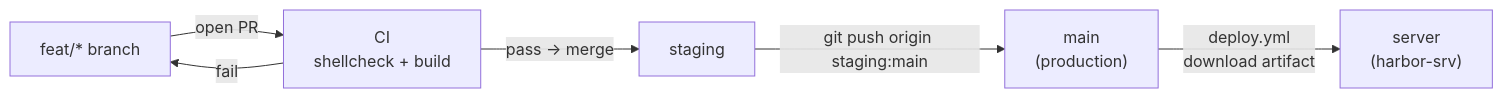
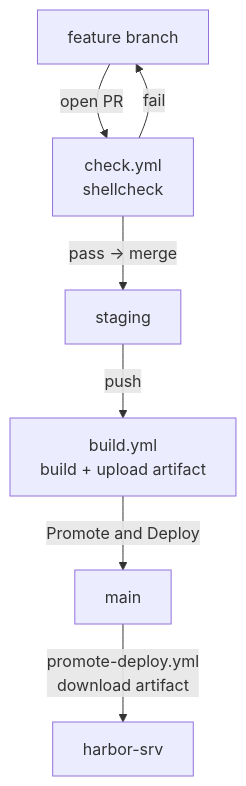
The diagram in README.md (blouin-labs/harbor_srv), drawn with Mermaid before and after one commit. The commit also changed other lines of this file and 7 other files, not shown here.

First line of the commit message:
refactor(ci): split check/build, reusable runner selection, SHA artifact naming

````diff
--- a/README.md
+++ b/README.md
@@ -128,14 +140,9 @@
 ```mermaid
-flowchart LR
-    F["feat/* branch"]
-    CI["CI\nshellcheck + build"]
-    STG["staging"]
-    MAIN["main\n(production)"]
-    SRV["server\n(harbor-srv)"]
-
-    F -->|"open PR"| CI
-    CI -->|fail| F
-    CI -->|"pass → merge"| STG
-    STG -->|"git push origin staging:main"| MAIN
-    MAIN -->|"deploy.yml\ndownload artifact"| SRV
+flowchart TD
+    F[feature branch] -->|open PR| CHK[check.yml\nshellcheck]
+    CHK -->|fail| F
+    CHK -->|pass → merge| STG[staging]
+    STG -->|push| BLD[build.yml\nbuild + upload artifact]
+    BLD -->|Promote and Deploy| MAIN[main]
+    MAIN -->|promote-deploy.yml\ndownload artifact| SRV[harbor-srv]
 ```
````
